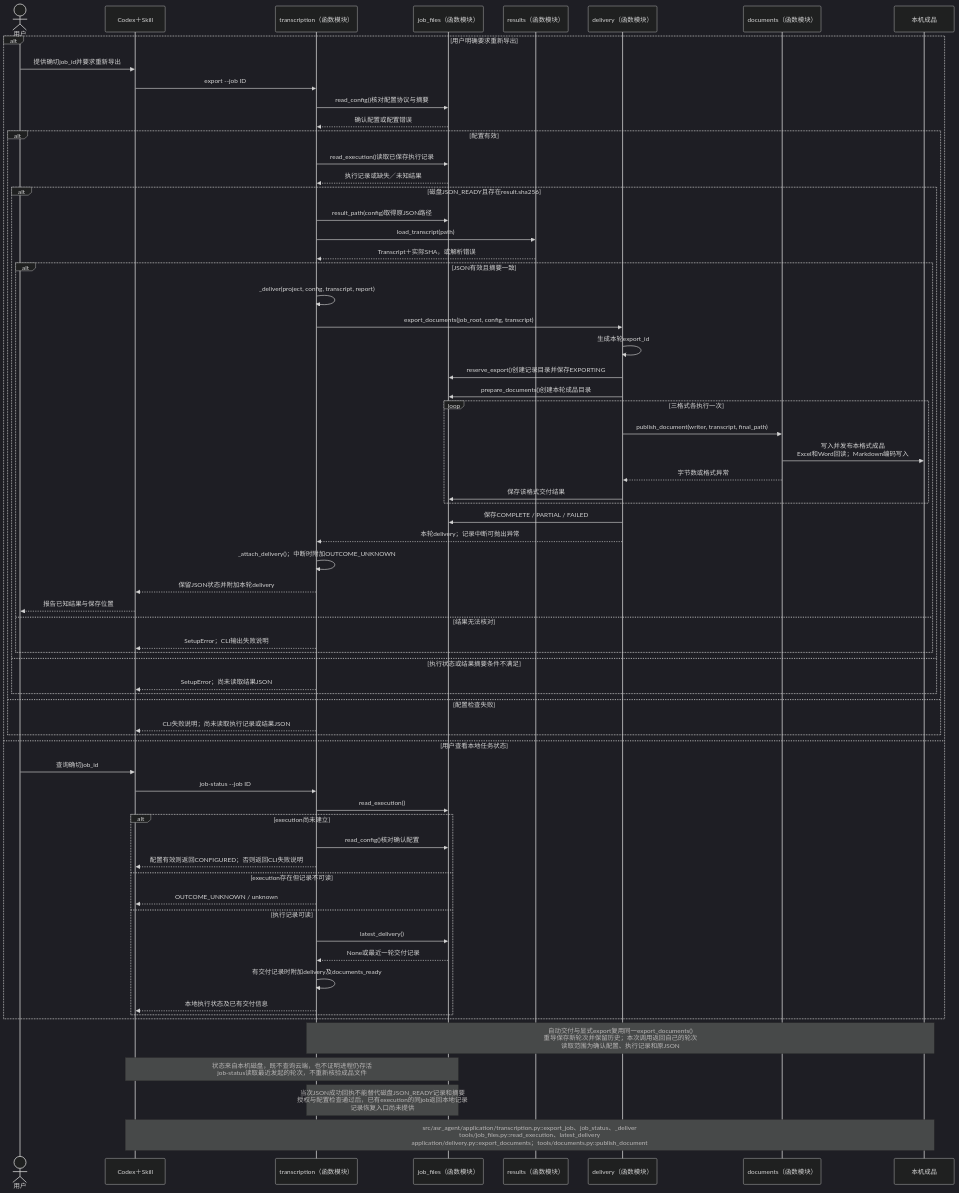
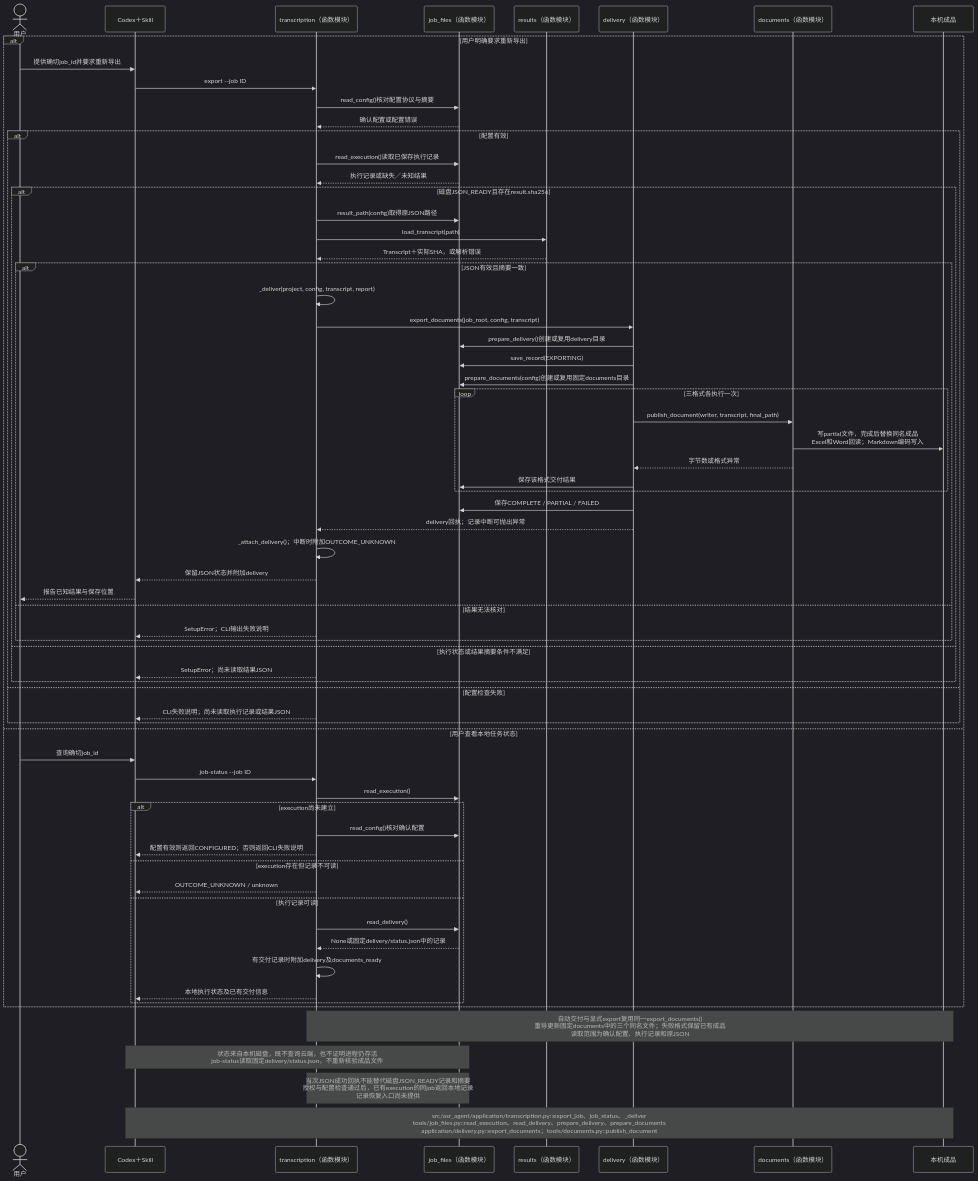
Before and after one commit to hx101700/asr-agent: the diagram in doc/uml/06-export.mmd, drawn with Mermaid (dark theme). The commit also changed 30 other files, not shown here.

```diff
--- a/doc/uml/06-export.mmd
+++ b/doc/uml/06-export.mmd
@@ -1,67 +1,67 @@
 sequenceDiagram
 actor U as 用户
 participant C as Codex＋Skill
 participant T as transcription（函数模块）
 participant J as job_files（函数模块）
 participant R as results（函数模块）
 participant D as delivery（函数模块）
 participant W as documents（函数模块）
 participant F as 本机成品
 alt 用户明确要求重新导出
     U->>C: 提供确切job_id并要求重新导出
     C->>T: export --job ID
     T->>J: read_config()核对配置协议与摘要
     J-->>T: 确认配置或配置错误
     alt 配置有效
         T->>J: read_execution()读取已保存执行记录
         J-->>T: 执行记录或缺失／未知结果
         alt 磁盘JSON_READY且存在result.sha256
             T->>J: result_path(config)取得原JSON路径
             T->>R: load_transcript(path)
             R-->>T: Transcript＋实际SHA，或解析错误
             alt JSON有效且摘要一致
                 T->>T: _deliver(project, config, transcript, report)
                 T->>D: export_documents(job_root, config, transcript)
-                D->>D: 生成本轮export_id
-                D->>J: reserve_export()创建记录目录并保存EXPORTING
-                D->>J: prepare_documents()创建本轮成品目录
+                D->>J: prepare_delivery()创建或复用delivery目录
+                D->>J: save_record(EXPORTING)
+                D->>J: prepare_documents(config)创建或复用固定documents目录
                 loop 三格式各执行一次
                     D->>W: publish_document(writer, transcript, final_path)
-                    W->>F: 写入并发布本格式成品<br/>Excel和Word回读；Markdown编码写入
+                    W->>F: 写partial文件，完成后替换同名成品<br/>Excel和Word回读；Markdown编码写入
                     W-->>D: 字节数或格式异常
                     D->>J: 保存该格式交付结果
                 end
                 D->>J: 保存COMPLETE / PARTIAL / FAILED
-                D-->>T: 本轮delivery；记录中断可抛出异常
+                D-->>T: delivery回执；记录中断可抛出异常
                 T->>T: _attach_delivery()；中断时附加OUTCOME_UNKNOWN
-                T-->>C: 保留JSON状态并附加本轮delivery
+                T-->>C: 保留JSON状态并附加delivery
                 C-->>U: 报告已知结果与保存位置
             else 结果无法核对
                 T-->>C: SetupError；CLI输出失败说明
             end
         else 执行状态或结果摘要条件不满足
             T-->>C: SetupError；尚未读取结果JSON
         end
     else 配置检查失败
         T-->>C: CLI失败说明；尚未读取执行记录或结果JSON
     end
 else 用户查看本地任务状态
     U->>C: 查询确切job_id
     C->>T: job-status --job ID
     T->>J: read_execution()
     alt execution尚未建立
         T->>J: read_config()核对确认配置
         T-->>C: 配置有效则返回CONFIGURED；否则返回CLI失败说明
     else execution存在但记录不可读
         T-->>C: OUTCOME_UNKNOWN / unknown
     else 执行记录可读
-        T->>J: latest_delivery()
-        J-->>T: None或最近一轮交付记录
+        T->>J: read_delivery()
+        J-->>T: None或固定delivery/status.json中的记录
         T->>T: 有交付记录时附加delivery及documents_ready
         T-->>C: 本地执行状态及已有交付信息
     end
 end
-Note over T,F: 自动交付与显式export复用同一export_documents()<br/>重导保存新轮次并保留历史；本次调用返回自己的轮次<br/>读取范围为确认配置、执行记录和原JSON
-Note over C,J: 状态来自本机磁盘，既不查询云端，也不证明进程仍存活<br/>job-status读取最近发起的轮次，不重新核验成品文件
+Note over T,F: 自动交付与显式export复用同一export_documents()<br/>重导更新固定documents中的三个同名文件；失败格式保留已有成品<br/>读取范围为确认配置、执行记录和原JSON
+Note over C,J: 状态来自本机磁盘，既不查询云端，也不证明进程仍存活<br/>job-status读取固定delivery/status.json，不重新核验成品文件
 Note over T,J: 当次JSON成功回执不能替代磁盘JSON_READY记录和摘要<br/>授权与配置检查通过后，已有execution的同job返回本地记录<br/>记录恢复入口尚未提供
-Note over C,F: src/asr_agent/application/transcription.py::export_job、job_status、_deliver<br/>tools/job_files.py::read_execution、latest_delivery<br/>application/delivery.py::export_documents；tools/documents.py::publish_document
+Note over C,F: src/asr_agent/application/transcription.py::export_job、job_status、_deliver<br/>tools/job_files.py::read_execution、read_delivery、prepare_delivery、prepare_documents<br/>application/delivery.py::export_documents；tools/documents.py::publish_document
```
